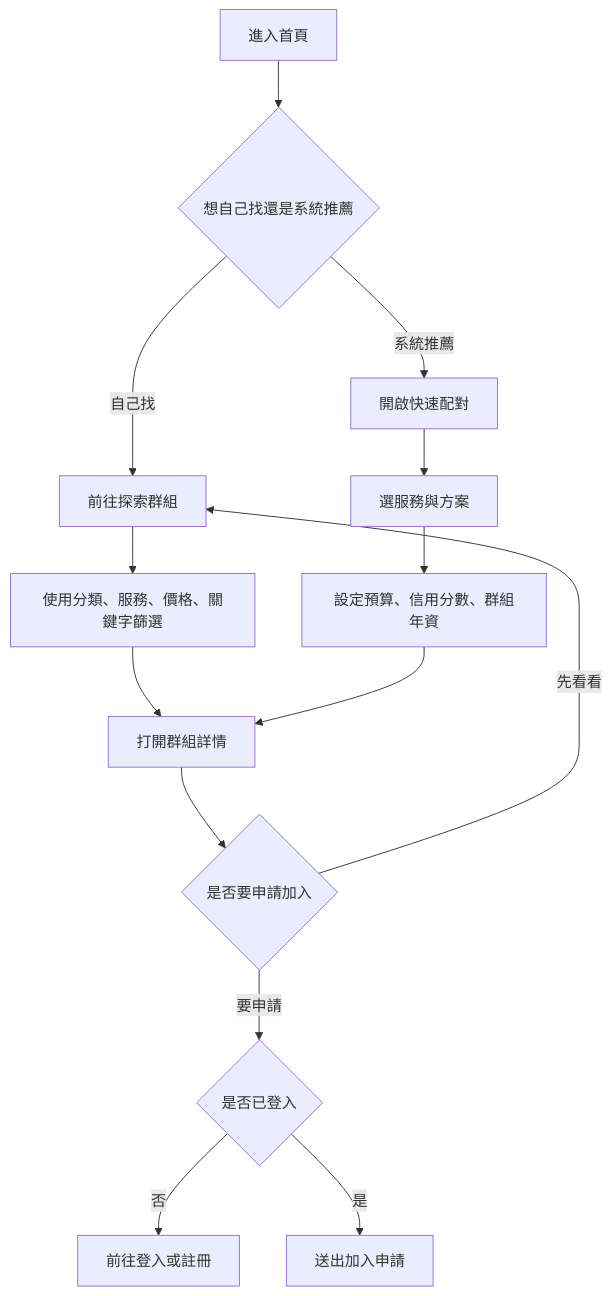
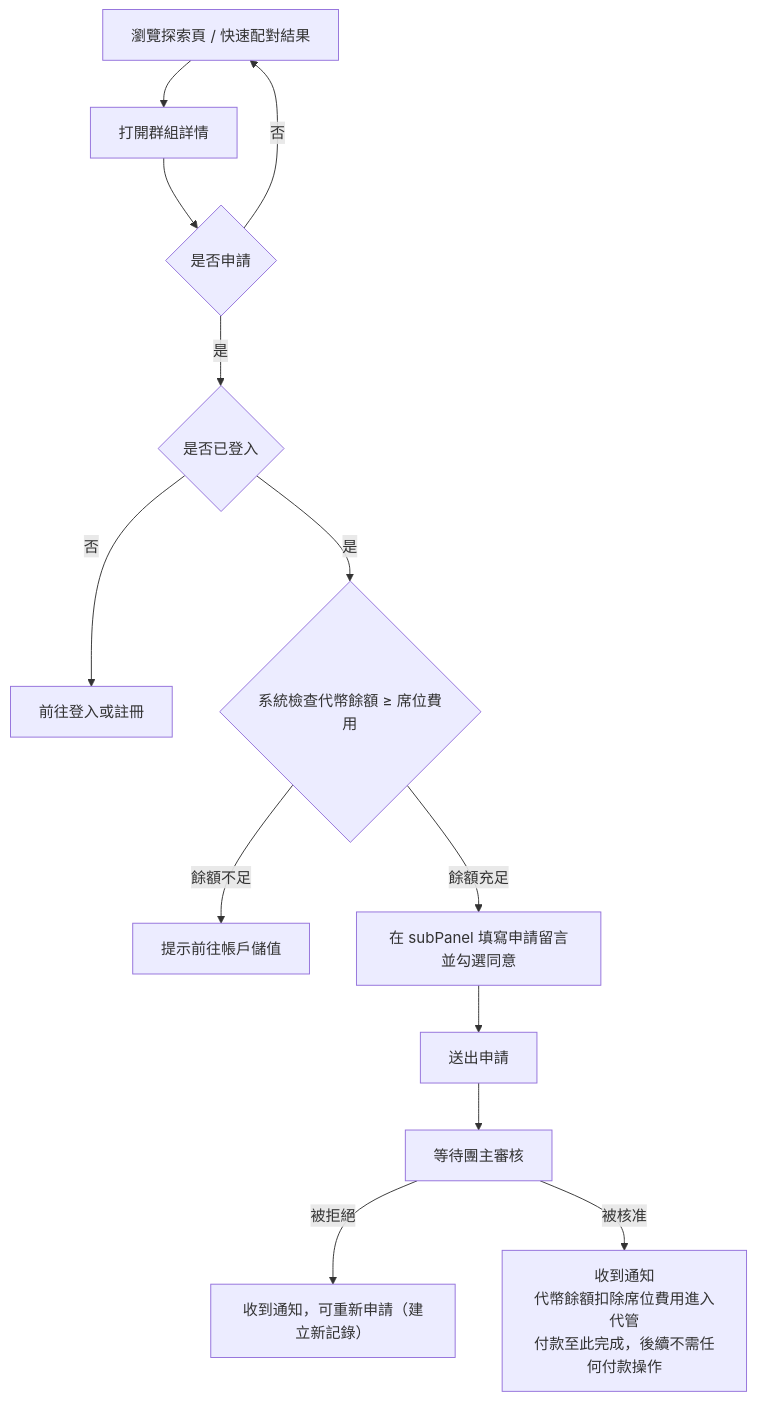
Before and after one commit to s1092055/PartyMatch: the second of 14 diagrams in docs/user-flows.md, drawn with Mermaid. The commit also changed other lines of this file and 1 other file, not shown here.

First line of the commit message:
docs: 按角色重構 user-flows，補齊流程細節

````diff
--- a/docs/user-flows.md
+++ b/docs/user-flows.md
@@ -40,16 +38,15 @@
 ```mermaid
 flowchart TD
-  A[進入首頁] --> B{想自己找還是系統推薦}
-  B -->|自己找| C[前往探索群組]
-  B -->|系統推薦| D[開啟快速配對]
-  C --> E[使用分類、服務、價格、關鍵字篩選]
-  D --> F[選服務與方案]
-  F --> G[設定預算、信用分數、群組年資]
-  E --> H[打開群組詳情]
-  G --> H
-  H --> I{是否要申請加入}
-  I -->|先看看| C
-  I -->|要申請| J{是否已登入}
-  J -->|否| K[前往登入或註冊]
-  J -->|是| L[送出加入申請]
+  A[瀏覽探索頁 / 快速配對結果] --> B[打開群組詳情]
+  B --> C{是否申請}
+  C -->|否| A
+  C -->|是| D{是否已登入}
+  D -->|否| D1[前往登入或註冊]
+  D -->|是| E{系統檢查代幣餘額 ≥ 席位費用}
+  E -->|餘額不足| E1[提示前往帳戶儲值]
+  E -->|餘額充足| F[在 subPanel 填寫申請留言並勾選同意]
+  F --> G[送出申請]
+  G --> H[等待團主審核]
+  H -->|被拒絕| H1[收到通知，可重新申請（建立新記錄）]
+  H -->|被核准| I[收到通知\n代幣餘額扣除席位費用進入代管\n付款至此完成，後續不需任何付款操作]
 ```
````
